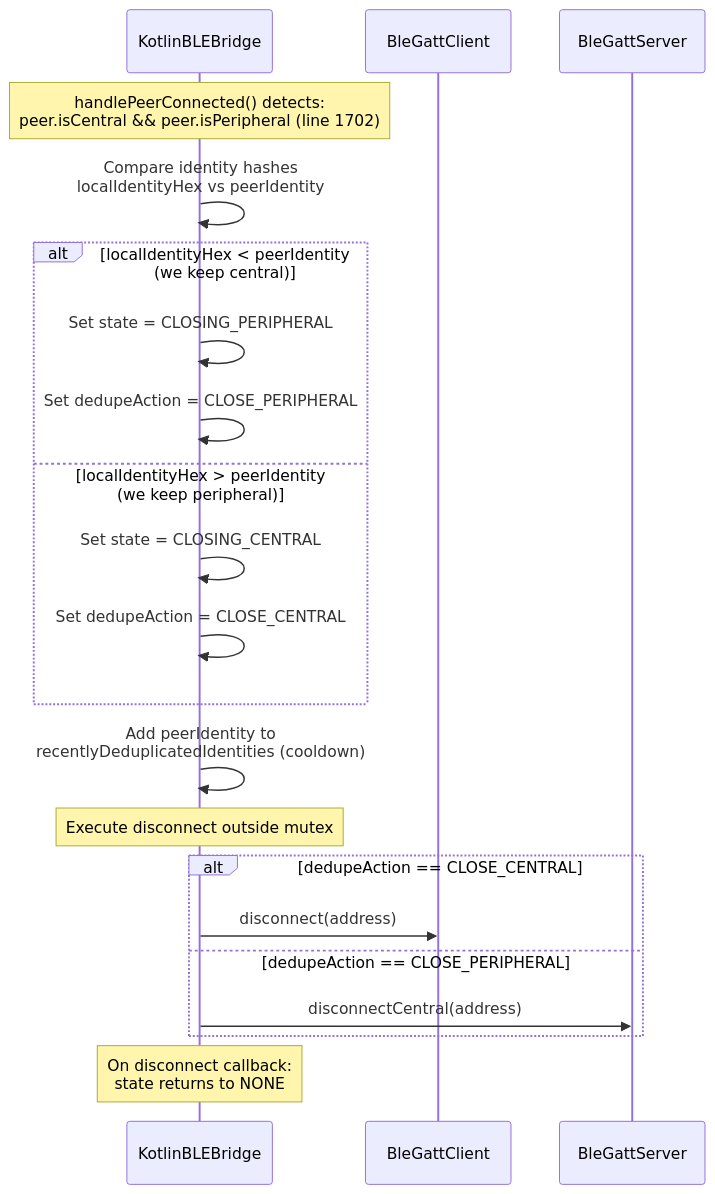
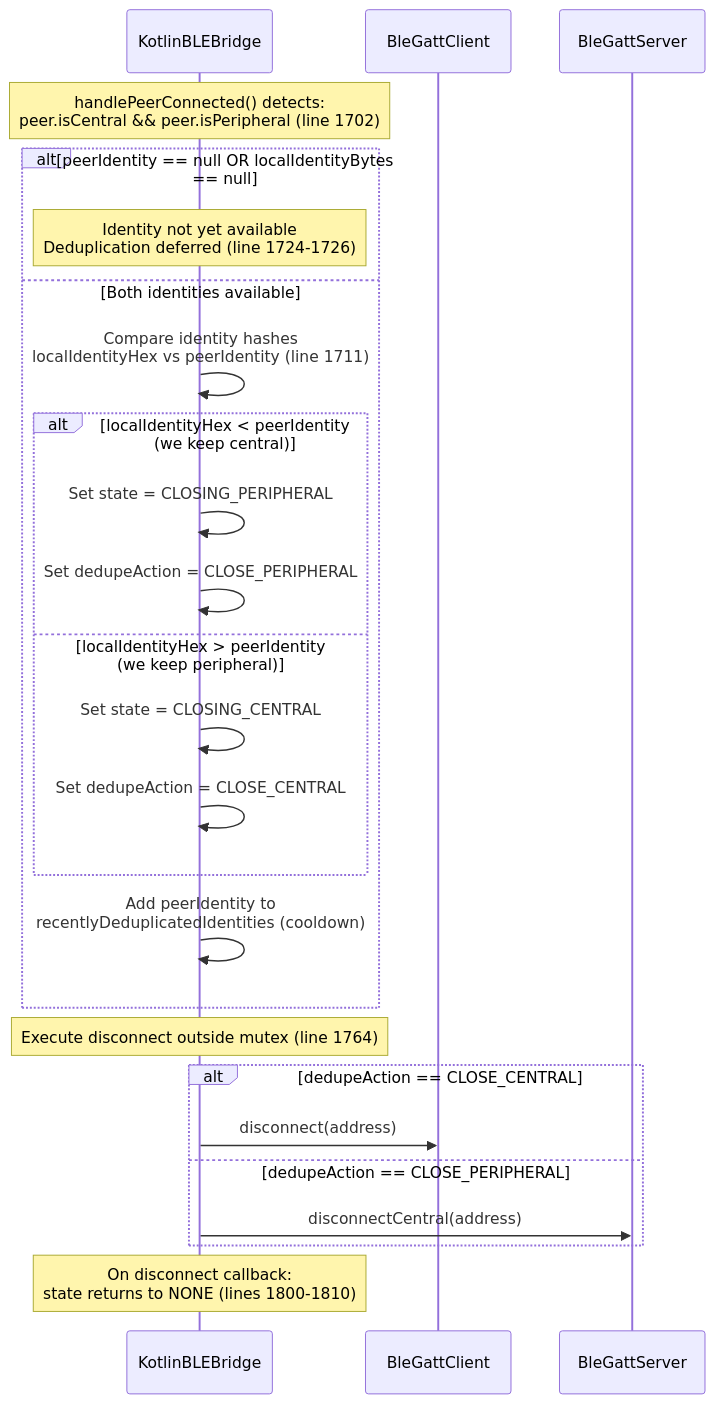
One commit to MikelCalvo/columba changed diagram 11 of 16 in docs/ble-architecture.md. Above: the diagram before and after it, drawn with Mermaid.

Commit message:
docs(ble): add deferred deduplication case to sequence diagram
- Add alt block for identity not yet available (lines 1724-1726)
- Add line number references throughout diagram
- Shows that deduplication is deferred if identities aren't ready

````diff
--- a/docs/ble-architecture.md
+++ b/docs/ble-architecture.md
@@ -381,29 +381,33 @@
 ```mermaid
 sequenceDiagram
     participant Bridge as KotlinBLEBridge
     participant Client as BleGattClient
     participant Server as BleGattServer
 
     Note over Bridge: handlePeerConnected() detects:<br/>peer.isCentral && peer.isPeripheral (line 1702)
 
-    Bridge->>Bridge: Compare identity hashes<br/>localIdentityHex vs peerIdentity
-    alt localIdentityHex < peerIdentity (we keep central)
-        Bridge->>Bridge: Set state = CLOSING_PERIPHERAL
-        Bridge->>Bridge: Set dedupeAction = CLOSE_PERIPHERAL
-    else localIdentityHex > peerIdentity (we keep peripheral)
-        Bridge->>Bridge: Set state = CLOSING_CENTRAL
-        Bridge->>Bridge: Set dedupeAction = CLOSE_CENTRAL
+    alt peerIdentity == null OR localIdentityBytes == null
+        Note over Bridge: Identity not yet available<br/>Deduplication deferred (line 1724-1726)
+    else Both identities available
+        Bridge->>Bridge: Compare identity hashes<br/>localIdentityHex vs peerIdentity (line 1711)
+        alt localIdentityHex < peerIdentity (we keep central)
+            Bridge->>Bridge: Set state = CLOSING_PERIPHERAL
+            Bridge->>Bridge: Set dedupeAction = CLOSE_PERIPHERAL
+        else localIdentityHex > peerIdentity (we keep peripheral)
+            Bridge->>Bridge: Set state = CLOSING_CENTRAL
+            Bridge->>Bridge: Set dedupeAction = CLOSE_CENTRAL
+        end
+
+        Bridge->>Bridge: Add peerIdentity to<br/>recentlyDeduplicatedIdentities (cooldown)
     end
 
-    Bridge->>Bridge: Add peerIdentity to<br/>recentlyDeduplicatedIdentities (cooldown)
-
-    Note over Bridge: Execute disconnect outside mutex
+    Note over Bridge: Execute disconnect outside mutex (line 1764)
 
     alt dedupeAction == CLOSE_CENTRAL
         Bridge->>Client: disconnect(address)
     else dedupeAction == CLOSE_PERIPHERAL
         Bridge->>Server: disconnectCentral(address)
     end
 
-    Note over Bridge: On disconnect callback:<br/>state returns to NONE
+    Note over Bridge: On disconnect callback:<br/>state returns to NONE (lines 1800-1810)
 ```
````
